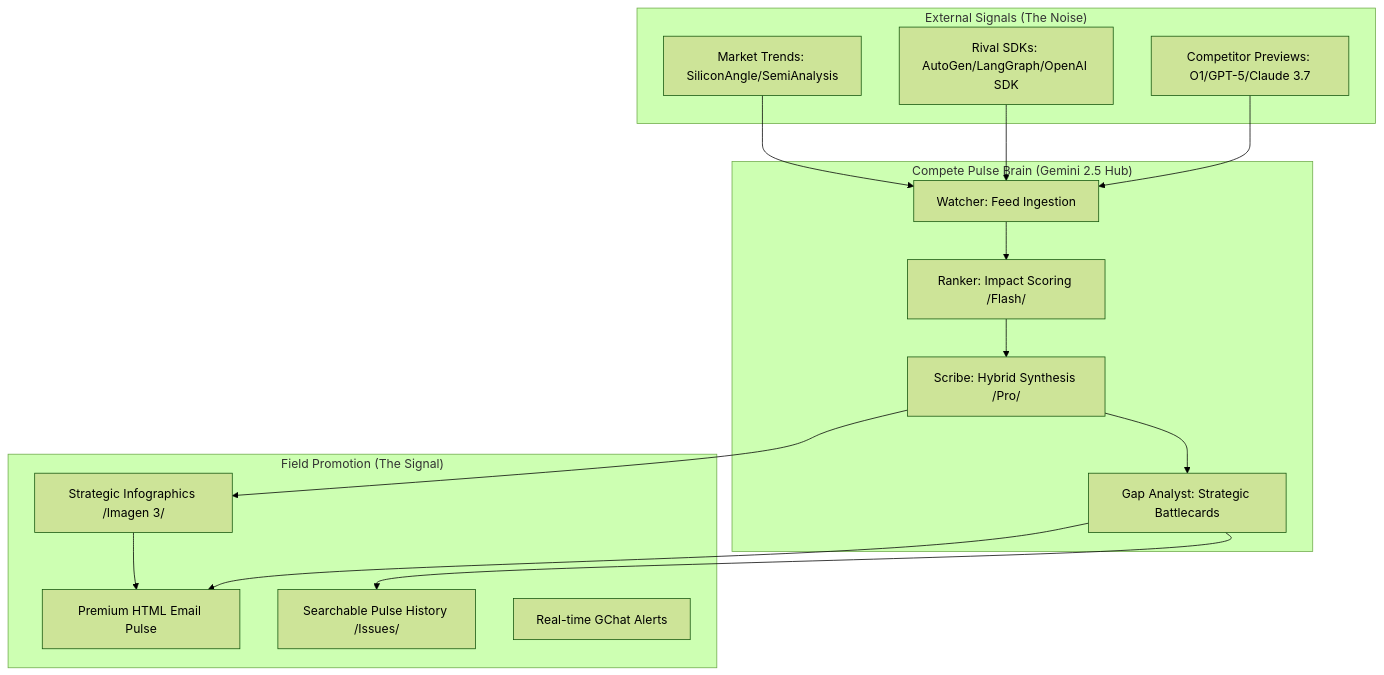
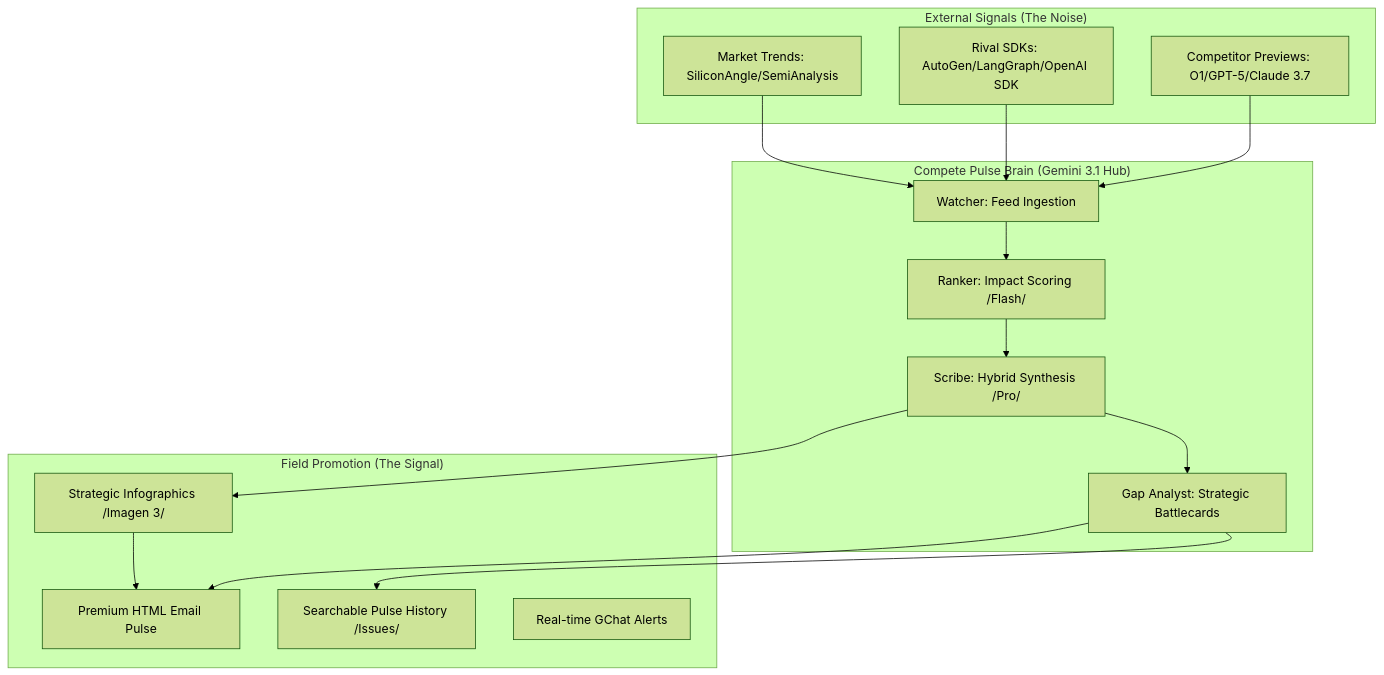
Before and after one commit to enriquekalven/compete-pulse: the diagram in README.md, drawn with Mermaid (forest theme). The commit also changed other lines of this file and 14 other files, not shown here.

````diff
--- a/README.md
+++ b/README.md
@@ -13,35 +13,35 @@
 ```mermaid
 graph TD
     subgraph "External Signals (The Noise)"
         C1[Competitor Previews: O1/GPT-5/Claude 3.7]
         C2[Rival SDKs: AutoGen/LangGraph/OpenAI SDK]
         C3[Market Trends: SiliconAngle/SemiAnalysis]
     end
 
-    subgraph "Compete Pulse Brain (Gemini 2.5 Hub)"
+    subgraph "Compete Pulse Brain (Gemini 3.1 Hub)"
         W[Watcher: Feed Ingestion]
         R[Ranker: Impact Scoring /Flash/]
         S[Scribe: Hybrid Synthesis /Pro/]
         GA[Gap Analyst: Strategic Battlecards]
         
         W --> R
         R --> S
         S --> GA
     end
 
     subgraph "Field Promotion (The Signal)"
         EM[Premium HTML Email Pulse]
         GH[Searchable Pulse History /Issues/]
         GC[Real-time GChat Alerts]
         IG[Strategic Infographics /Imagen 3/]
     end
 
     C1 --> W
     C2 --> W
     C3 --> W
     
     GA --> EM
     GA --> GH
     S --> IG
     IG --> EM
 ```
````
